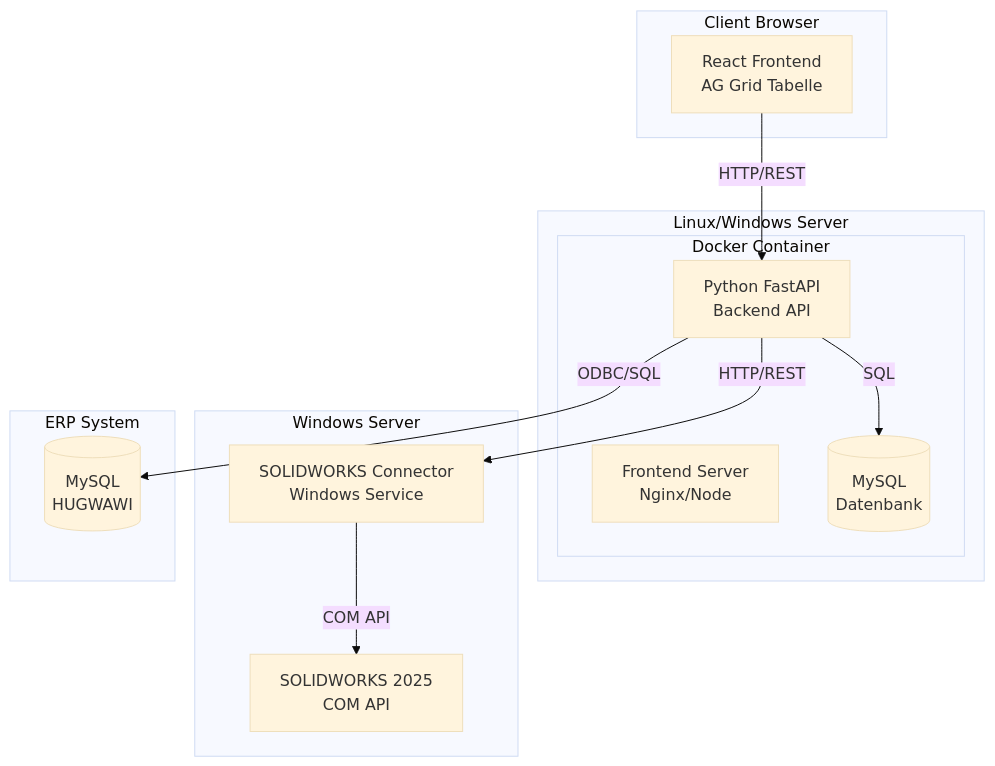
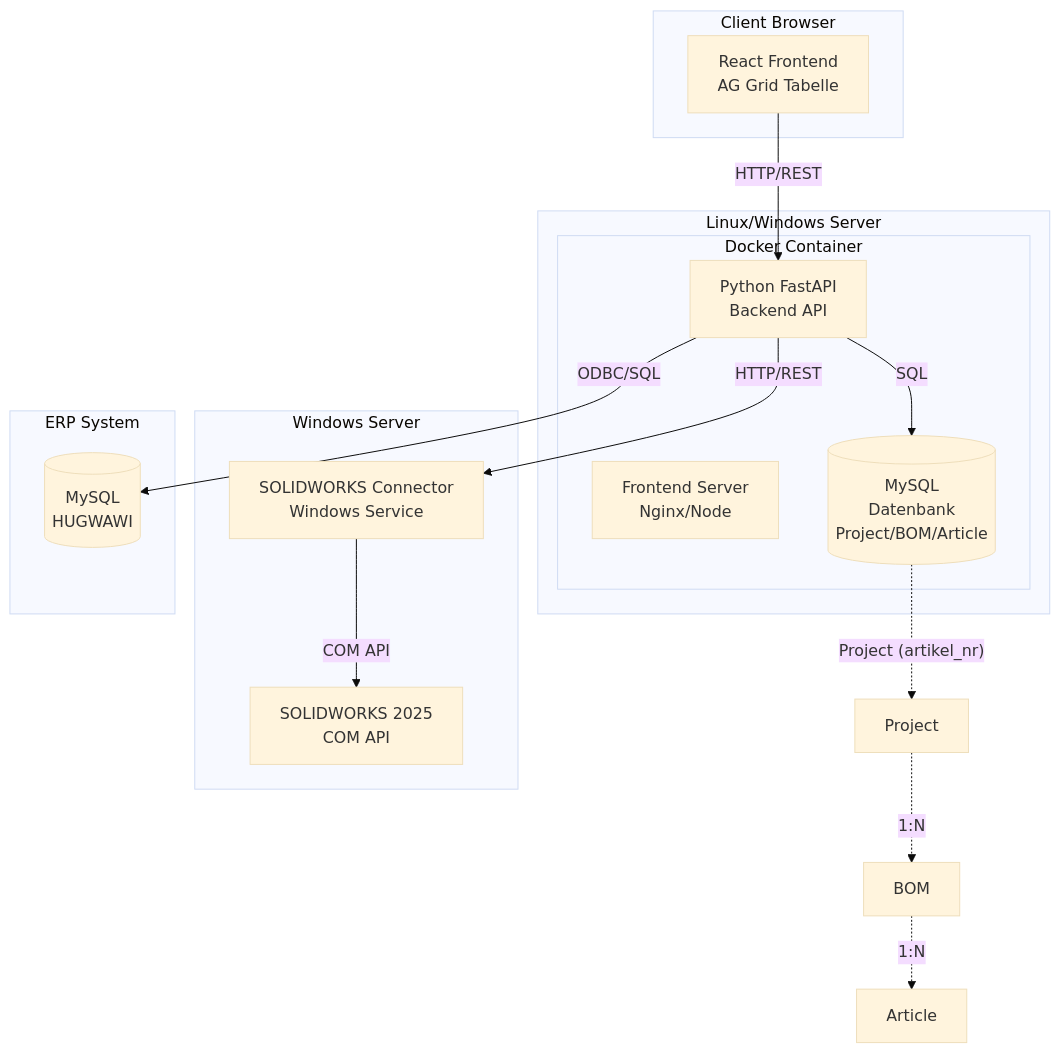
The diagram in .cursor/plans/webbasiertes_stücklisten-erp_system_27dfa859.plan.md (tgernhar/00200-HG_SW_Stuecklisten_ERP), drawn with Mermaid (base theme) before and after one commit. The commit also changed other lines of this file and 8 other files, not shown here.

````diff
--- a/.cursor/plans/webbasiertes_stücklisten-erp_system_27dfa859.plan.md
+++ b/.cursor/plans/webbasiertes_stücklisten-erp_system_27dfa859.plan.md
@@ -13,29 +13,33 @@
 ```mermaid
 graph TB
     subgraph Client["Client Browser"]
         UI[React Frontend<br/>AG Grid Tabelle]
     end
     
     subgraph Server["Linux/Windows Server"]
         subgraph Docker["Docker Container"]
             Backend[Python FastAPI<br/>Backend API]
             FrontendSrv[Frontend Server<br/>Nginx/Node]
-            MySQL[(MySQL<br/>Datenbank)]
+            MySQL[(MySQL<br/>Datenbank<br/>Project/BOM/Article)]
         end
     end
     
     subgraph Windows["Windows Server"]
         SWConnector[SOLIDWORKS Connector<br/>Windows Service]
         SOLIDWORKS[SOLIDWORKS 2025<br/>COM API]
     end
     
     subgraph ERP["ERP System"]
         ERPDB[(MySQL<br/>HUGWAWI)]
     end
     
     UI -->|HTTP/REST| Backend
     Backend -->|SQL| MySQL
     Backend -->|HTTP/REST| SWConnector
     SWConnector -->|COM API| SOLIDWORKS
     Backend -->|ODBC/SQL| ERPDB
+    
+    MySQL -.->|"Project (artikel_nr)"| Project[Project]
+    Project -.->|"1:N"| BOM[BOM]
+    BOM -.->|"1:N"| Article[Article]
 ```
````
